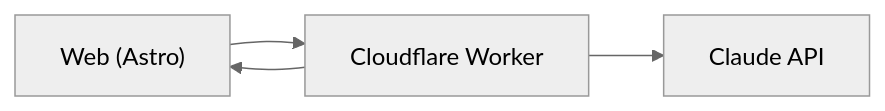
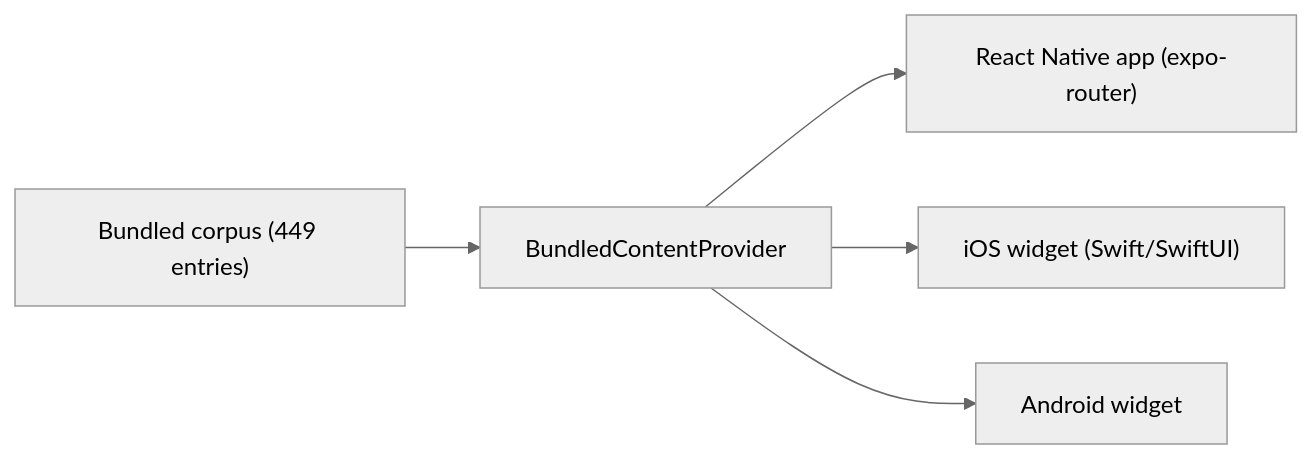
The diagram in site/src/content/work/izwi.md (stewartburton/stewartburton.github.io), drawn with Mermaid (neutral theme) before and after one commit. The commit also changed other lines of this file and 6 other files, not shown here.

````diff
--- a/site/src/content/work/izwi.md
+++ b/site/src/content/work/izwi.md
@@ -20,6 +20,7 @@
 ```mermaid
 flowchart LR
-    User["Web (Astro)"] --> Edge["Cloudflare Worker"]
-    Edge --> Claude["Claude API"]
-    Edge --> User
+    Corpus["Bundled corpus (449 entries)"] --> Provider["BundledContentProvider"]
+    Provider --> App["React Native app (expo-router)"]
+    Provider --> WidgetiOS["iOS widget (Swift/SwiftUI)"]
+    Provider --> WidgetAndroid["Android widget"]
 ```
````
